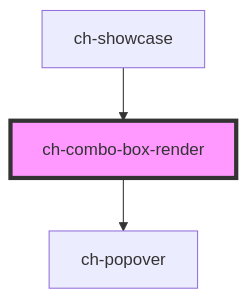
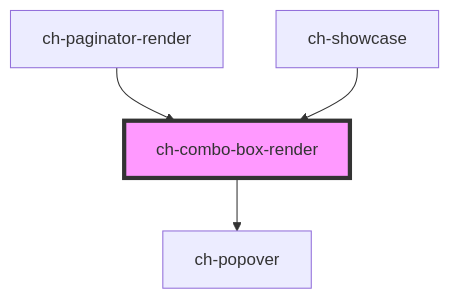
Before and after one commit to genexuslabs/chameleon-controls-library: the diagram in src/components/combo-box/readme.md, drawn with Mermaid. The commit also changed other lines of this file and 6 other files, not shown here.

````diff
--- a/src/components/combo-box/readme.md
+++ b/src/components/combo-box/readme.md
@@ -72,6 +73,7 @@
 ```mermaid
 graph TD;
   ch-combo-box-render --> ch-popover
+  ch-paginator-render --> ch-combo-box-render
   ch-showcase --> ch-combo-box-render
   style ch-combo-box-render fill:#f9f,stroke:#333,stroke-width:4px
 ```
````
